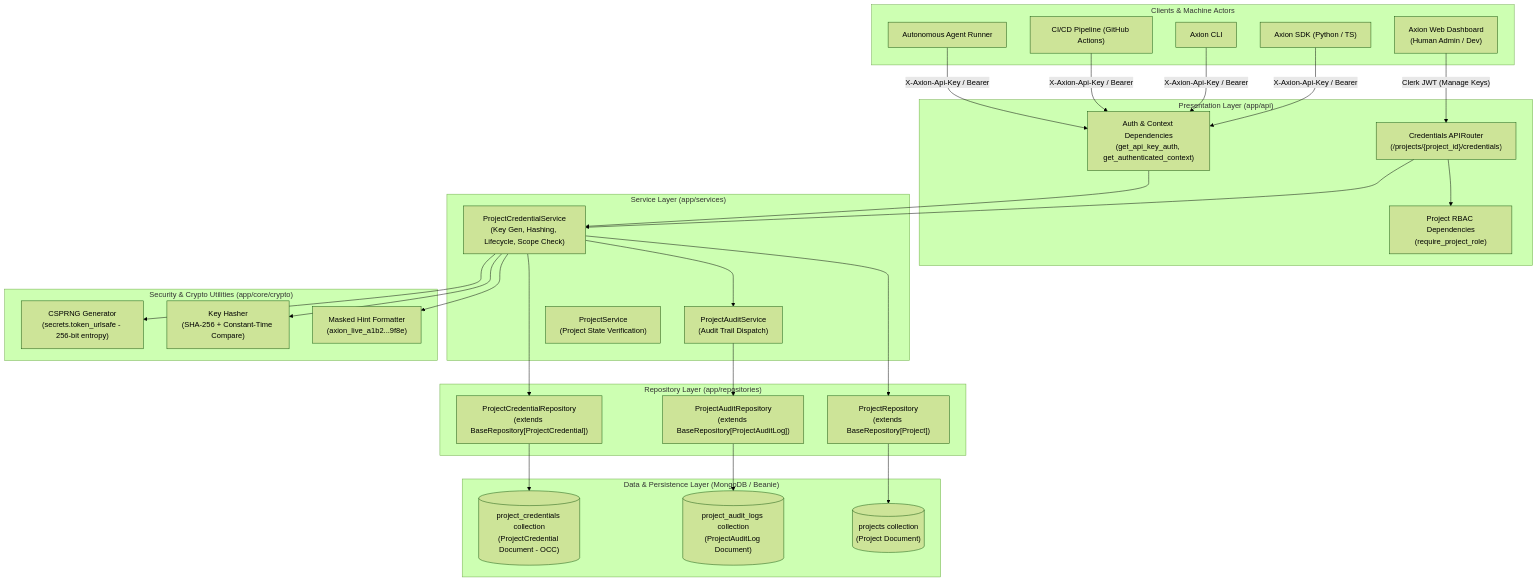
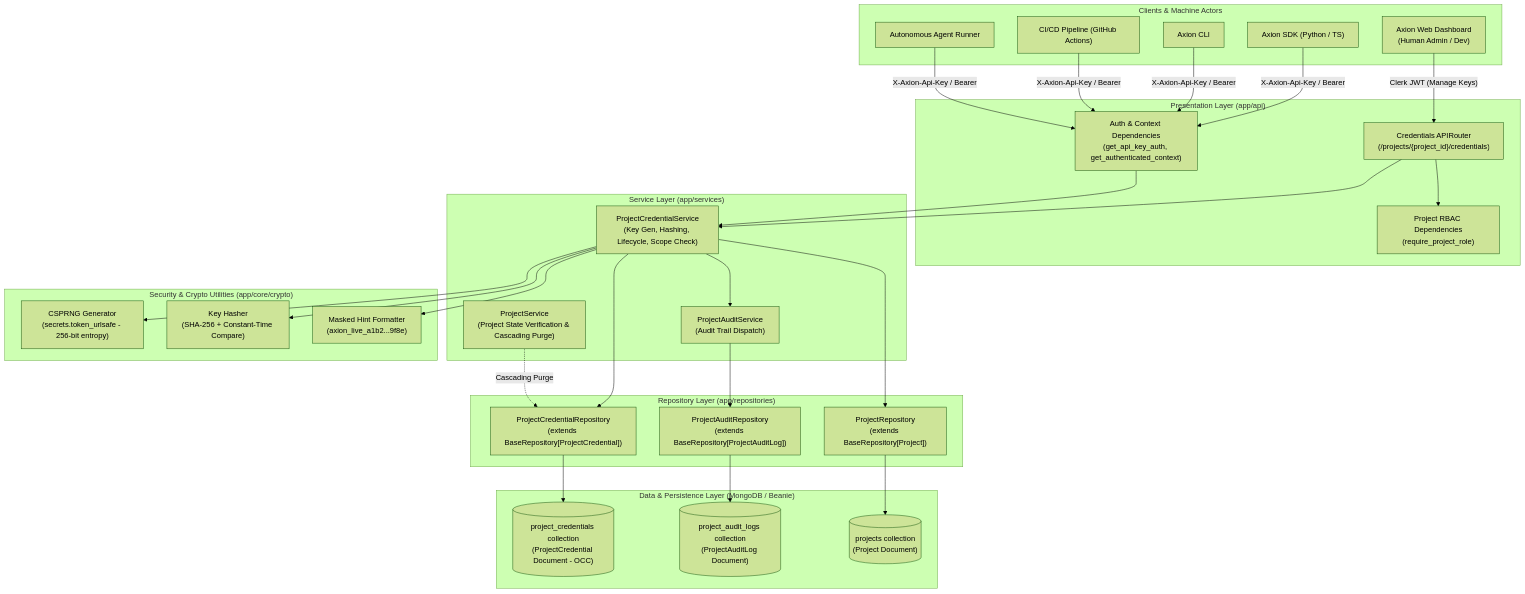
One commit to hasanraiyan/axion-runtime changed the diagram in docs/specs/srs-03-project-credentials-management.md. Above: the diagram before and after it, drawn with Mermaid (forest theme). The commit also changed other lines of this file, not shown here.

````diff
--- a/docs/specs/srs-03-project-credentials-management.md
+++ b/docs/specs/srs-03-project-credentials-management.md
@@ -58,62 +64,63 @@
 ```mermaid
 flowchart TD
     subgraph Clients["Clients & Machine Actors"]
         SDK["Axion SDK (Python / TS)"]
         CLI["Axion CLI"]
         CICD["CI/CD Pipeline (GitHub Actions)"]
         Agent["Autonomous Agent Runner"]
         WebUI["Axion Web Dashboard\n(Human Admin / Dev)"]
     end
 
     subgraph PresentationLayer["Presentation Layer (app/api)"]
         Router["Credentials APIRouter\n(/projects/{project_id}/credentials)"]
         AuthDeps["Auth & Context Dependencies\n(get_api_key_auth, get_authenticated_context)"]
         RBACDeps["Project RBAC Dependencies\n(require_project_role)"]
     end
 
     subgraph ServiceLayer["Service Layer (app/services)"]
         CredService["ProjectCredentialService\n(Key Gen, Hashing, Lifecycle, Scope Check)"]
         AuditService["ProjectAuditService\n(Audit Trail Dispatch)"]
-        ProjService["ProjectService\n(Project State Verification)"]
+        ProjService["ProjectService\n(Project State Verification & Cascading Purge)"]
     end
 
     subgraph SecurityBoundary["Security & Crypto Utilities (app/core/crypto)"]
         KeyGenerator["CSPRNG Generator\n(secrets.token_urlsafe - 256-bit entropy)"]
         Hasher["Key Hasher\n(SHA-256 + Constant-Time Compare)"]
         Masker["Masked Hint Formatter\n(axion_live_a1b2...9f8e)"]
     end
 
     subgraph RepositoryLayer["Repository Layer (app/repositories)"]
         CredRepo["ProjectCredentialRepository\n(extends BaseRepository[ProjectCredential])"]
         AuditRepo["ProjectAuditRepository\n(extends BaseRepository[ProjectAuditLog])"]
         ProjRepo["ProjectRepository\n(extends BaseRepository[Project])"]
     end
 
     subgraph PersistenceLayer["Data & Persistence Layer (MongoDB / Beanie)"]
         M_Creds[("project_credentials collection\n(ProjectCredential Document - OCC)")]
         M_Audit[("project_audit_logs collection\n(ProjectAuditLog Document)")]
         M_Projects[("projects collection\n(Project Document)")]
     end
 
     SDK -->|"X-Axion-Api-Key / Bearer"| AuthDeps
     CLI -->|"X-Axion-Api-Key / Bearer"| AuthDeps
     CICD -->|"X-Axion-Api-Key / Bearer"| AuthDeps
     Agent -->|"X-Axion-Api-Key / Bearer"| AuthDeps
     WebUI -->|"Clerk JWT (Manage Keys)"| Router
 
     Router --> RBACDeps
     Router --> CredService
     AuthDeps --> CredService
 
     CredService --> KeyGenerator
     CredService --> Hasher
     CredService --> Masker
     CredService --> CredRepo
     CredService --> AuditService
     CredService --> ProjRepo
 
+    ProjService -.->|"Cascading Purge"| CredRepo
     AuditService --> AuditRepo
     CredRepo --> M_Creds
     AuditRepo --> M_Audit
     ProjRepo --> M_Projects
 ```
````
